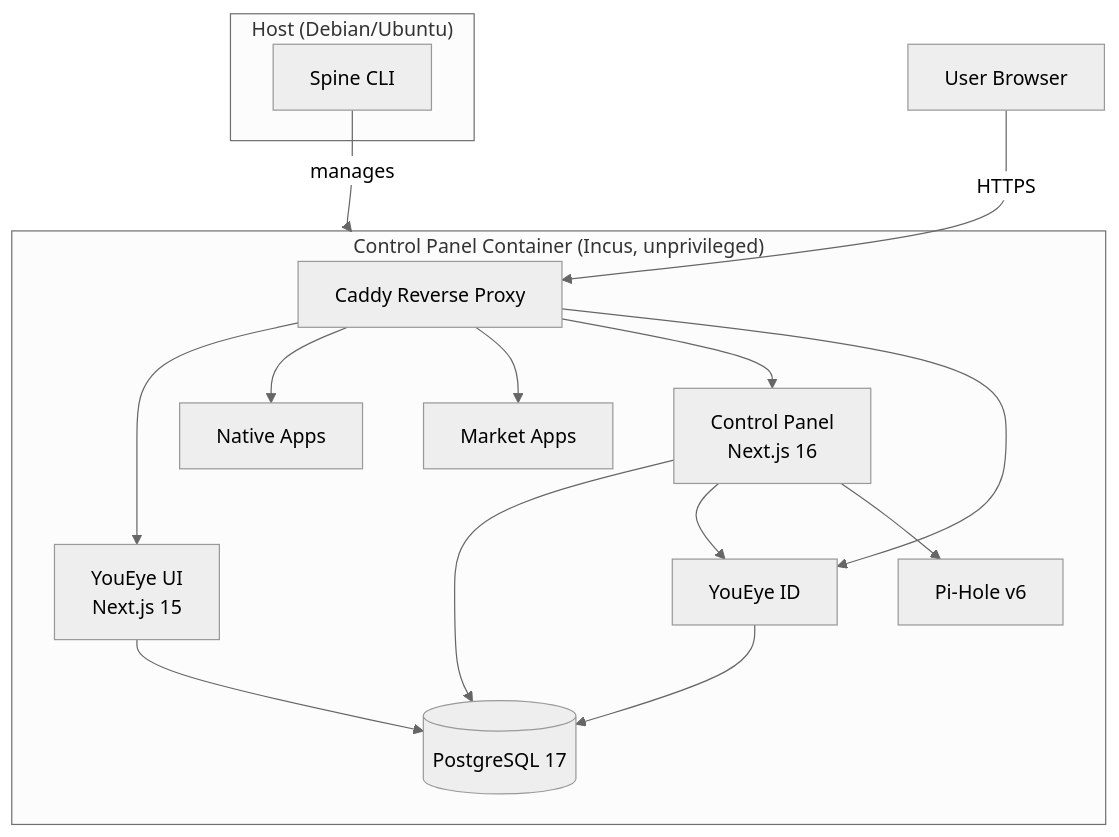
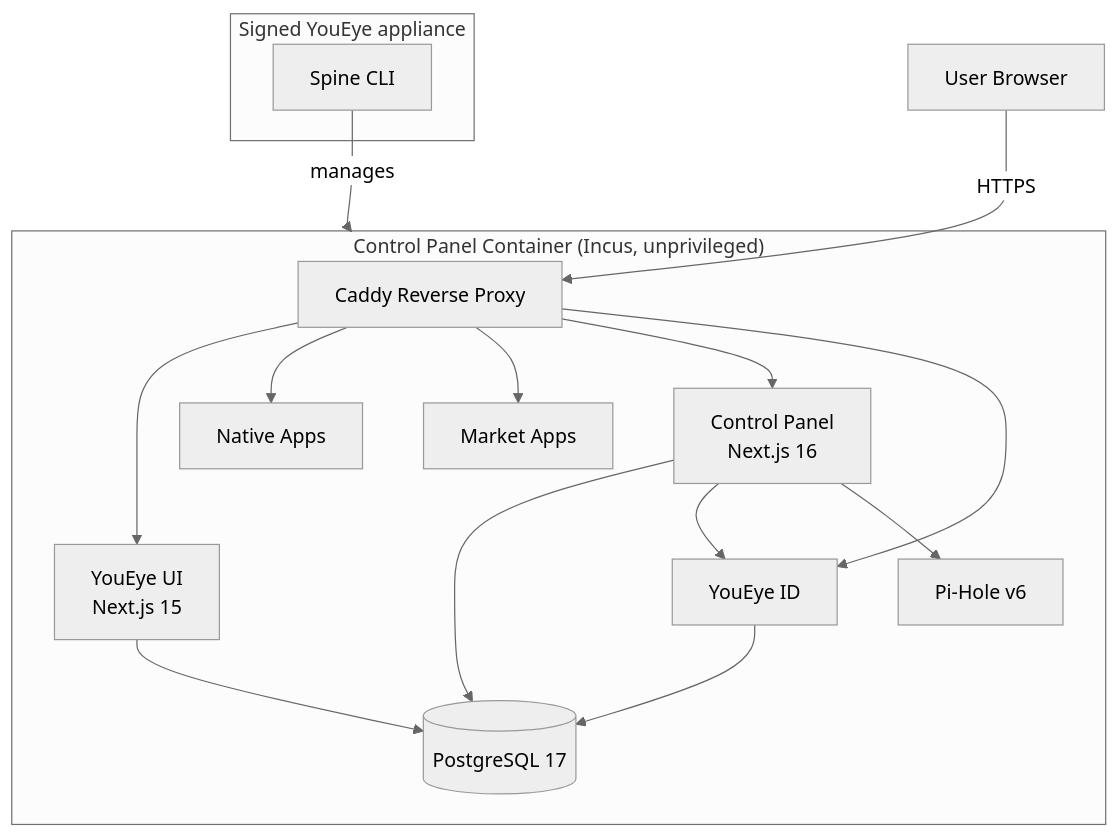
The first of 5 diagrams in docs/architecture.md (YouEye-Platform/YouEye), drawn with Mermaid (neutral theme) before and after one commit. The commit also changed other lines of this file and 1207 other files, not shown here.

````diff
--- a/docs/architecture.md
+++ b/docs/architecture.md
@@ -7,33 +7,33 @@
 ```mermaid
 graph TD
     User[User Browser] -->|HTTPS| Caddy[Caddy Reverse Proxy]
     
-    subgraph Host["Host (Debian/Ubuntu)"]
+    subgraph Host["Signed YouEye appliance"]
         Spine[Spine CLI]
     end
     
     Spine -->|manages| Container
     
     subgraph Container["Control Panel Container (Incus, unprivileged)"]
         CP[Control Panel<br/>Next.js 16]
         Caddy
         ID[YouEye ID]
         DB[(PostgreSQL 17)]
         DNS[Pi-Hole v6]
         UI[YouEye UI<br/>Next.js 15]
         Apps[Native Apps]
         Market[Market Apps]
     end
     
     Caddy --> UI
     Caddy --> Apps
     Caddy --> Market
     Caddy --> CP
     Caddy --> ID
     
     CP --> DB
     CP --> ID
     CP --> DNS
     UI --> DB
     ID --> DB
 ```
````
